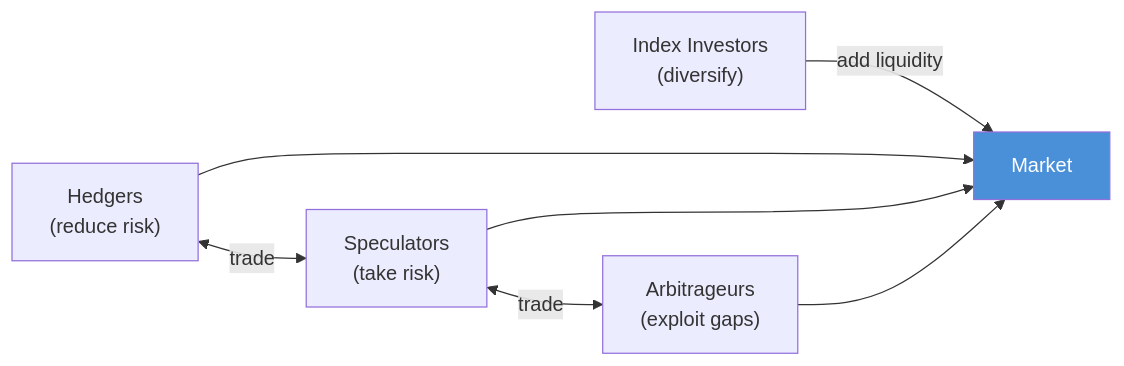
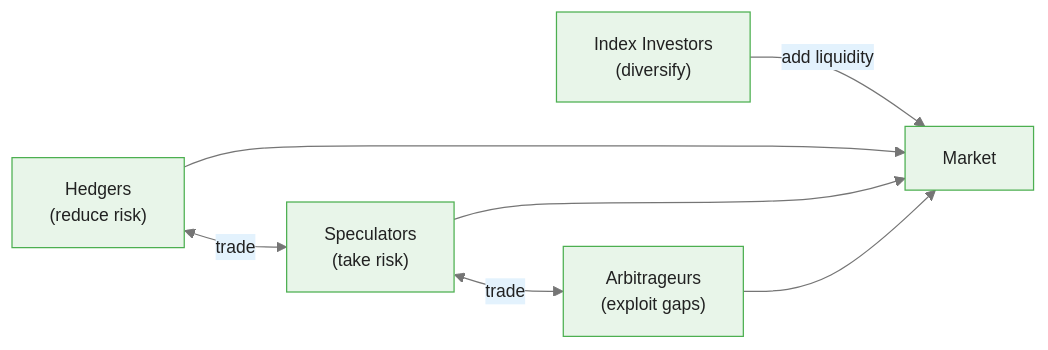
Before and after one commit to m-deane/course-creator: the second of 6 diagrams in courses/bayesian-commodity-forecasting/modules/module_00_foundations/guides/02_commodity_markets_intro_slides.md, drawn with Mermaid. The commit also changed other lines of this file and 104 other files, not shown here.

````diff
--- a/courses/bayesian-commodity-forecasting/modules/module_00_foundations/guides/02_commodity_markets_intro_slides.md
+++ b/courses/bayesian-commodity-forecasting/modules/module_00_foundations/guides/02_commodity_markets_intro_slides.md
@@ -73,10 +85,10 @@
 ```mermaid
+%%{init: {"theme": "base", "themeVariables": {"primaryColor": "#e8f5e9", "primaryBorderColor": "#4caf50", "primaryTextColor": "#212121", "secondaryColor": "#e3f2fd", "tertiaryColor": "#fff8e1", "lineColor": "#757575", "fontFamily": "Inter, sans-serif", "fontSize": "14px"}}}%%
 flowchart LR
     H["Hedgers\n(reduce risk)"] <-->|"trade"| S["Speculators\n(take risk)"]
     S <-->|"trade"| A["Arbitrageurs\n(exploit gaps)"]
     I["Index Investors\n(diversify)"] -->|"add liquidity"| MKT["Market"]
     H --> MKT
     S --> MKT
     A --> MKT
-    style MKT fill:#4a90d9,color:#fff
 ```
````
